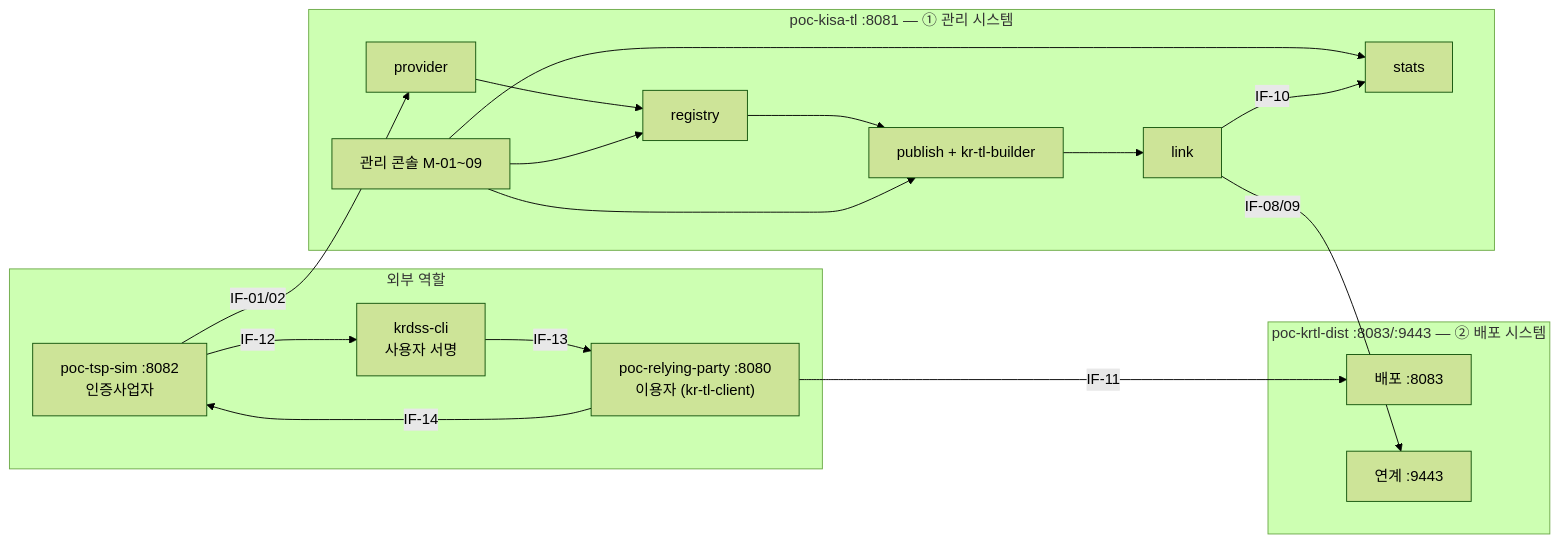
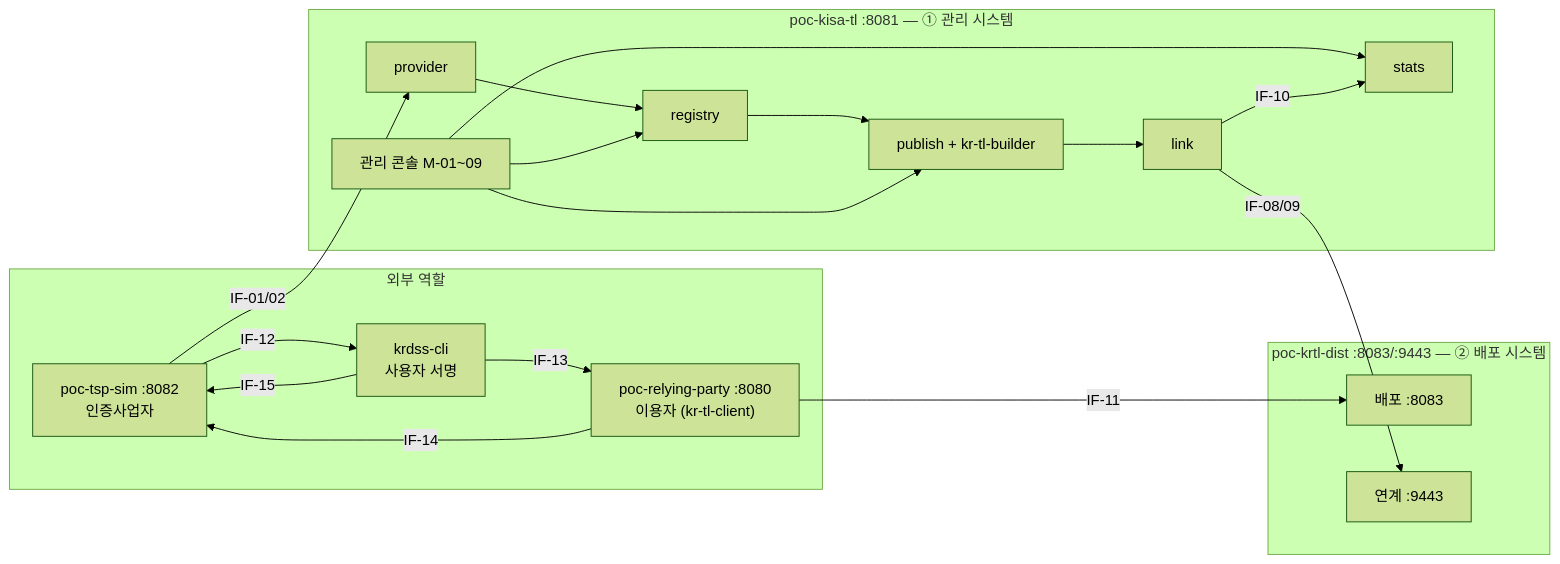
Before and after one commit to yongsungkim-electcerti/kr-dss: the diagram in docs/design/KR-TL-관리시스템/04-PoC-구성.md, drawn with Mermaid (forest theme). The commit also changed other lines of this file and 10 other files, not shown here.

````diff
--- a/docs/design/KR-TL-관리시스템/04-PoC-구성.md
+++ b/docs/design/KR-TL-관리시스템/04-PoC-구성.md
@@ -26,27 +26,28 @@
 ```mermaid
 flowchart LR
     subgraph EXT["외부 역할"]
         TSP["poc-tsp-sim :8082<br/>인증사업자"]
         USR["krdss-cli<br/>사용자 서명"]
         RP["poc-relying-party :8080<br/>이용자 (kr-tl-client)"]
     end
     subgraph M["poc-kisa-tl :8081 — ① 관리 시스템"]
         CON["관리 콘솔 M-01~09"]
         PRV["provider"]
         REG["registry"]
         PUB["publish + kr-tl-builder"]
         LNK["link"]
         STS["stats"]
     end
     subgraph D["poc-krtl-dist :8083/:9443 — ② 배포 시스템"]
         DL["배포 :8083"]
         RCV["연계 :9443"]
     end
     TSP -- IF-01/02 --> PRV --> REG --> PUB --> LNK
     CON --> REG & PUB & STS
     LNK -- "IF-08/09" --> RCV
     LNK -- IF-10 --> STS
     RP -- IF-11 --> DL
     TSP -- IF-12 --> USR -- IF-13 --> RP
     RP -- IF-14 --> TSP
+    USR -- IF-15 --> TSP
 ```
````
